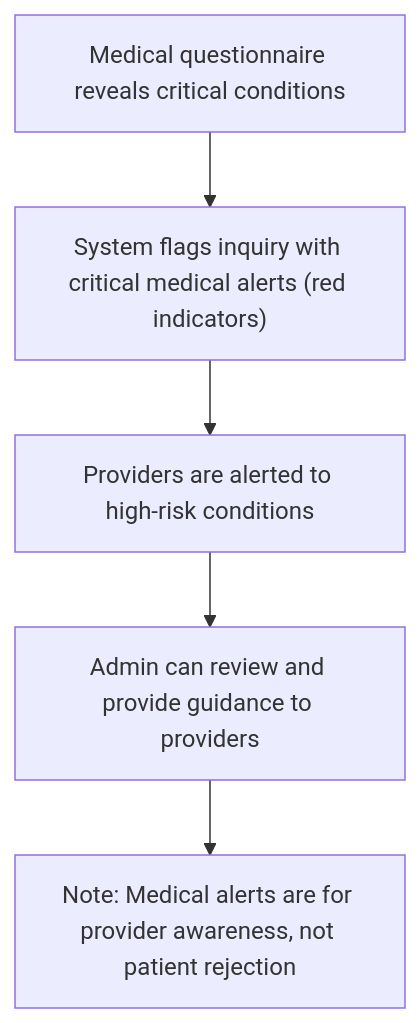
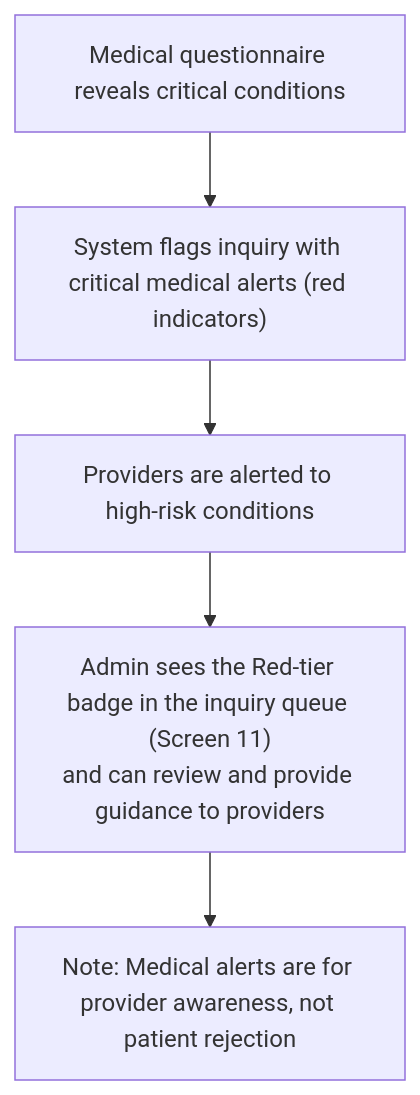
Before and after one commit to joachimtrungtuan/hairline-pm-docs: the fourth of 15 diagrams in project-requirements/functional-requirements/fr003-inquiry-submission/prd.md, drawn with Mermaid. The commit also changed other lines of this file and 5 other files, not shown here.

Commit message:
docs(fr003): apply logic review pass 1 fixes to PRD and graph

````diff
--- a/project-requirements/functional-requirements/fr003-inquiry-submission/prd.md
+++ b/project-requirements/functional-requirements/fr003-inquiry-submission/prd.md
@@ -154,7 +157,7 @@
 ```mermaid
 flowchart TD
     Detect["Medical questionnaire reveals critical conditions"] --> Flag["System flags inquiry with critical medical alerts (red indicators)"]
     Flag --> Providers["Providers are alerted to high-risk conditions"]
-    Providers --> Admin["Admin can review and provide guidance to providers"]
+    Providers --> Admin["Admin sees the Red-tier badge in the inquiry queue (Screen 11)<br/>and can review and provide guidance to providers"]
     Admin --> Note["Note: Medical alerts are for provider awareness, not patient rejection"]
 ```
````
